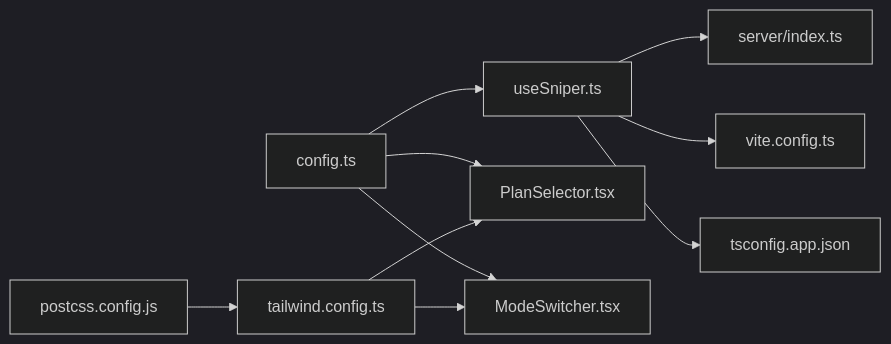
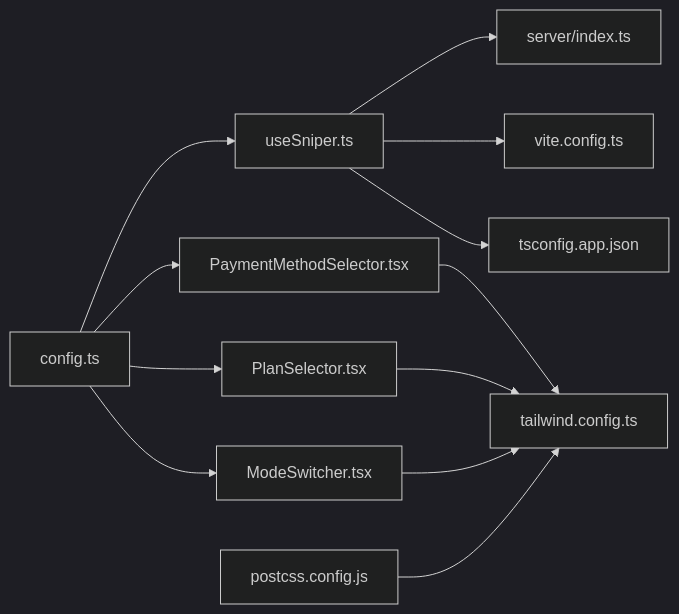
Before and after one commit to 16499259-oss/GLM-sniper: the third of 3 diagrams in .qoder/repowiki/zh/content/配置管理.md, drawn with Mermaid (dark theme). The commit also changed other lines of this file and 6 other files, not shown here.

````diff
--- a/.qoder/repowiki/zh/content/配置管理.md
+++ b/.qoder/repowiki/zh/content/配置管理.md
@@ -271,12 +313,14 @@
 ```mermaid
 graph LR
 CFG["config.ts"] --> HOOK["useSniper.ts"]
 CFG --> COMP1["PlanSelector.tsx"]
 CFG --> COMP2["ModeSwitcher.tsx"]
+CFG --> PM["PaymentMethodSelector.tsx"]
 HOOK --> SRV["server/index.ts"]
 HOOK --> VITE["vite.config.ts"]
 HOOK --> TSC["tsconfig.app.json"]
-TW["tailwind.config.ts"] --> COMP1
-TW --> COMP2
+PM --> TW["tailwind.config.ts"]
+COMP1 --> TW
+COMP2 --> TW
 PC["postcss.config.js"] --> TW
 ```
````
